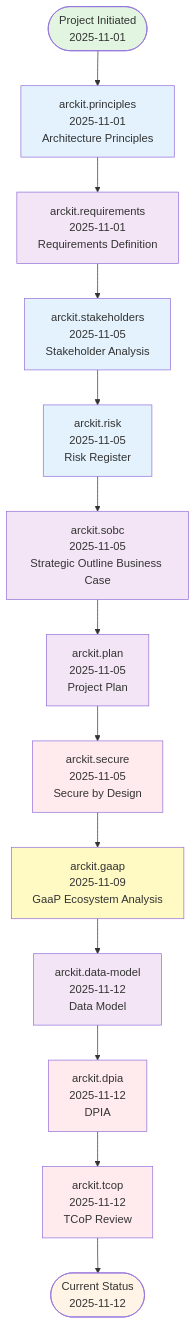
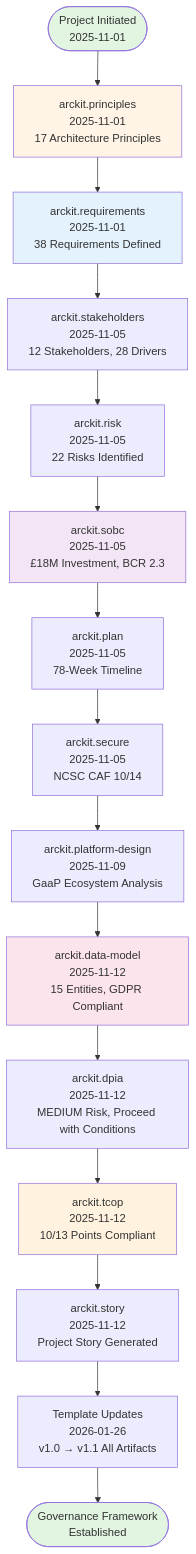
One commit to tractorjuice/arckit-test-project-v8-ons-data-platform changed the second of 9 diagrams in projects/001-ons-data-platform-modernisation/PROJECT-STORY.md. Above: the diagram before and after it, drawn with Mermaid. The commit also changed other lines of this file and 10 other files, not shown here.

First line of the commit message:
docs: update ONS project artifacts to template v0.11.2

````diff
--- a/projects/001-ons-data-platform-modernisation/PROJECT-STORY.md
+++ b/projects/001-ons-data-platform-modernisation/PROJECT-STORY.md
@@ -103,38 +118,28 @@
 ```mermaid
 flowchart TD
     Start([Project Initiated<br/>2025-11-01]) --> Principles
 
-    Principles["arckit.principles<br/>2025-11-01<br/>Architecture Principles"] --> Requirements
-    Requirements["arckit.requirements<br/>2025-11-01<br/>Requirements Definition"] --> Stakeholders
+    Principles["arckit.principles<br/>2025-11-01<br/>17 Architecture Principles"] --> Requirements
+    Requirements["arckit.requirements<br/>2025-11-01<br/>38 Requirements Defined"] --> Stakeholders
+    Stakeholders["arckit.stakeholders<br/>2025-11-05<br/>12 Stakeholders, 28 Drivers"] --> Risk
+    Risk["arckit.risk<br/>2025-11-05<br/>22 Risks Identified"] --> SOBC
+    SOBC["arckit.sobc<br/>2025-11-05<br/>£18M Investment, BCR 2.3"] --> Plan
+    Plan["arckit.plan<br/>2025-11-05<br/>78-Week Timeline"] --> Secure
+    Secure["arckit.secure<br/>2025-11-05<br/>NCSC CAF 10/14"] --> GaaP
+    GaaP["arckit.platform-design<br/>2025-11-09<br/>GaaP Ecosystem Analysis"] --> DataModel
+    DataModel["arckit.data-model<br/>2025-11-12<br/>15 Entities, GDPR Compliant"] --> DPIA
+    DPIA["arckit.dpia<br/>2025-11-12<br/>MEDIUM Risk, Proceed with Conditions"] --> TCoP
+    TCoP["arckit.tcop<br/>2025-11-12<br/>10/13 Points Compliant"] --> Story
+    Story["arckit.story<br/>2025-11-12<br/>Project Story Generated"] --> Updates
+    Updates["Template Updates<br/>2026-01-26<br/>v1.0 → v1.1 All Artifacts"] --> End
 
-    Stakeholders["arckit.stakeholders<br/>2025-11-05<br/>Stakeholder Analysis"] --> Risk
-    Risk["arckit.risk<br/>2025-11-05<br/>Risk Register"] --> SOBC
-
-    SOBC["arckit.sobc<br/>2025-11-05<br/>Strategic Outline Business Case"] --> Plan
-    Plan["arckit.plan<br/>2025-11-05<br/>Project Plan"] --> Secure
-
-    Secure["arckit.secure<br/>2025-11-05<br/>Secure by Design"] --> GaaP
-
-    GaaP["arckit.gaap<br/>2025-11-09<br/>GaaP Ecosystem Analysis"] --> Data
-
-    Data["arckit.data-model<br/>2025-11-12<br/>Data Model"] --> DPIA
-    DPIA["arckit.dpia<br/>2025-11-12<br/>DPIA"] --> TCoP
-
-    TCoP["arckit.tcop<br/>2025-11-12<br/>TCoP Review"] --> End
-
-    End([Current Status<br/>2025-11-12])
+    End([Governance Framework<br/>Established])
 
     style Start fill:#e1f5e1
-    style End fill:#fff4e6
-    style Principles fill:#e3f2fd
-    style Stakeholders fill:#e3f2fd
-    style Risk fill:#e3f2fd
+    style End fill:#e1f5e1
+    style Principles fill:#fff4e6
+    style Requirements fill:#e3f2fd
     style SOBC fill:#f3e5f5
-    style Requirements fill:#f3e5f5
-    style Data fill:#f3e5f5
-    style Plan fill:#f3e5f5
-    style GaaP fill:#fff9c4
-    style Secure fill:#ffebee
-    style DPIA fill:#ffebee
-    style TCoP fill:#ffebee
+    style DataModel fill:#fce4ec
+    style TCoP fill:#fff3e0
 ```
````
